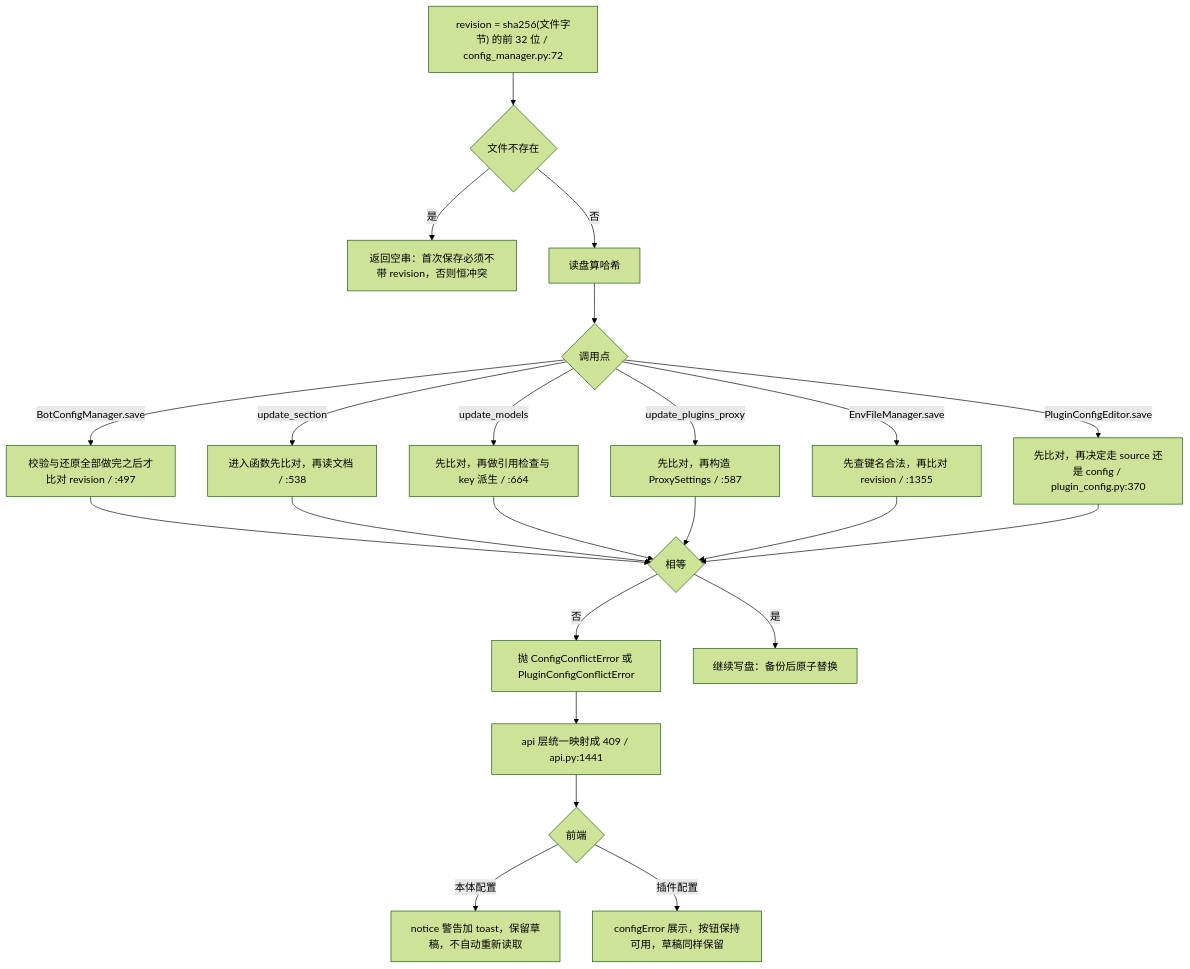
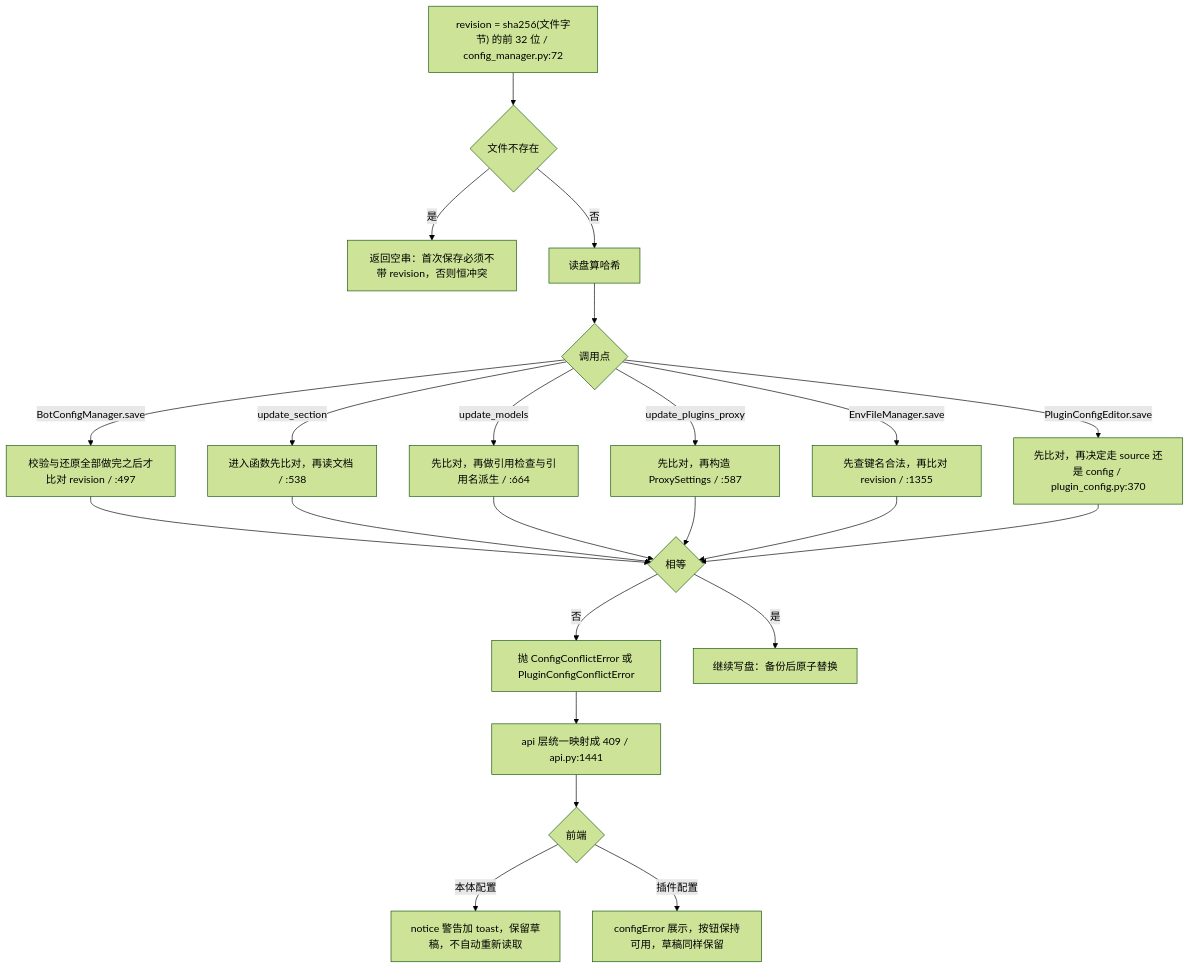
One commit to SuperQuail/NeoBot changed the sixth of 12 diagrams in docs/flow/09c-dashboard-config.md. Above: the diagram before and after it, drawn with Mermaid (forest theme). The commit also changed other lines of this file and 52 other files, not shown here.

````diff
--- a/docs/flow/09c-dashboard-config.md
+++ b/docs/flow/09c-dashboard-config.md
@@ -276,25 +276,25 @@
 ```mermaid
 flowchart TD
     A["revision = sha256(文件字节) 的前 32 位 / config_manager.py:72"] --> B{"文件不存在"}
     B -- 是 --> B1["返回空串：首次保存必须不带 revision，否则恒冲突"]
     B -- 否 --> C["读盘算哈希"]
     C --> D{"调用点"}
     D -- BotConfigManager.save --> D1["校验与还原全部做完之后才比对 revision / :497"]
     D -- update_section --> D2["进入函数先比对，再读文档 / :538"]
-    D -- update_models --> D3["先比对，再做引用检查与 key 派生 / :664"]
+    D -- update_models --> D3["先比对，再做引用检查与引用名派生 / :664"]
     D -- update_plugins_proxy --> D4["先比对，再构造 ProxySettings / :587"]
     D -- EnvFileManager.save --> D5["先查键名合法，再比对 revision / :1355"]
     D -- PluginConfigEditor.save --> D6["先比对，再决定走 source 还是 config / plugin_config.py:370"]
     D1 --> E{"相等"}
     D2 --> E
     D3 --> E
     D4 --> E
     D5 --> E
     D6 --> E
     E -- 否 --> E1["抛 ConfigConflictError 或 PluginConfigConflictError"]
     E -- 是 --> F["继续写盘：备份后原子替换"]
     E1 --> G["api 层统一映射成 409 / api.py:1441"]
     G --> H{"前端"}
     H -- 本体配置 --> H1["notice 警告加 toast，保留草稿，不自动重新读取"]
     H -- 插件配置 --> H2["configError 展示，按钮保持可用，草稿同样保留"]
 ```
````
